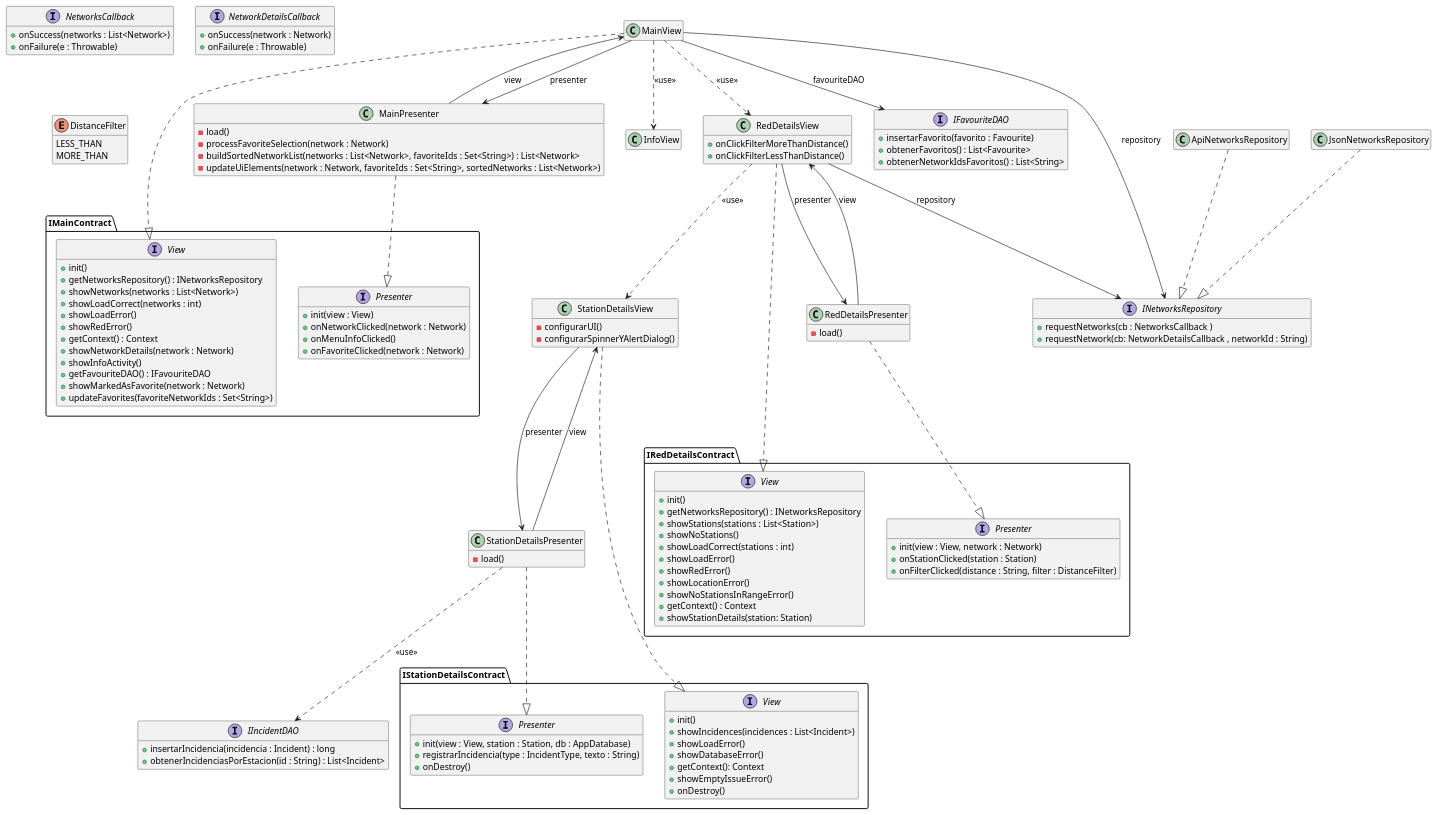
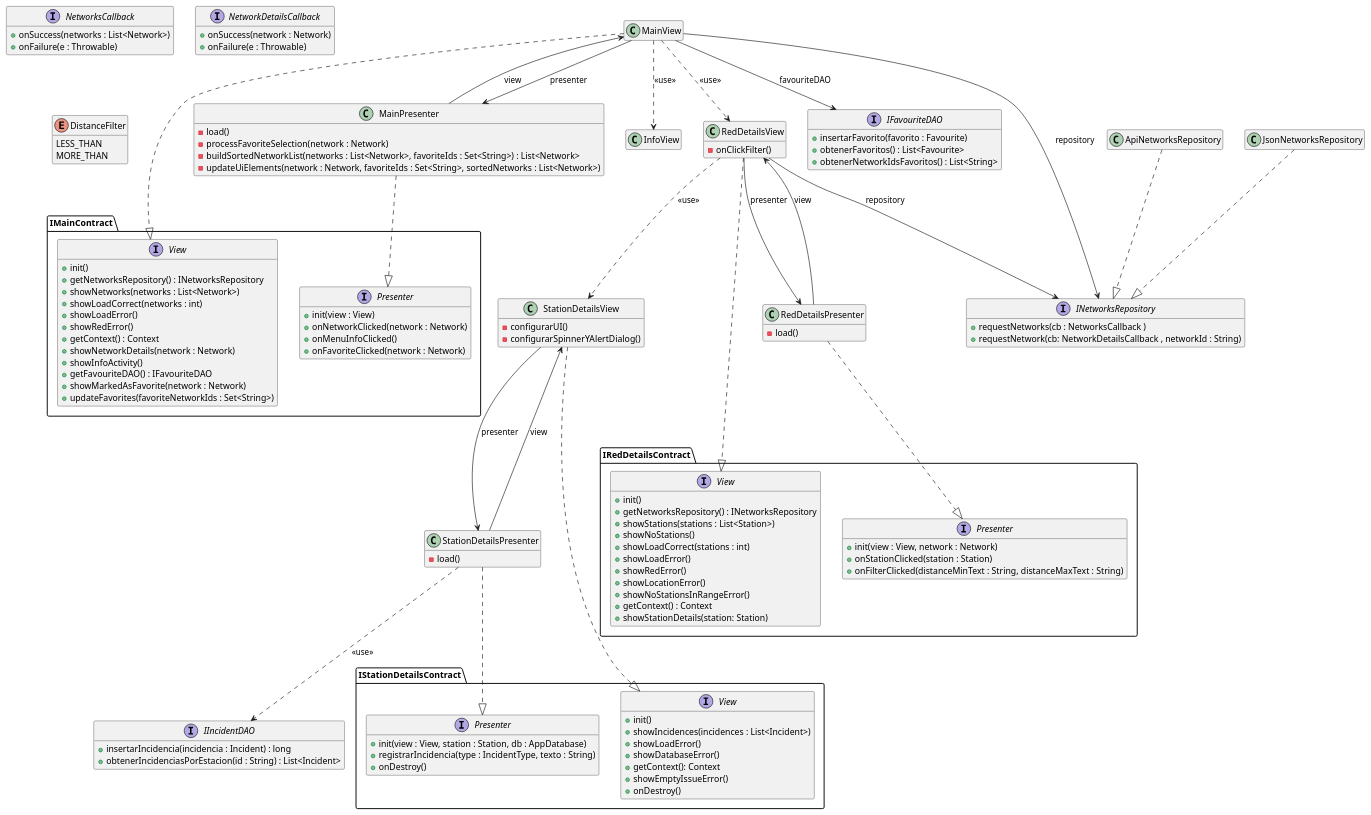
One commit to isunican/App-Bicis-Grupo1 changed the diagram in Docs/Models/architecture.puml. Above: the diagram before and after it, drawn with PlantUML. The commit also changed 4 other files, not shown here.

```diff
--- a/Docs/Models/architecture.puml
+++ b/Docs/Models/architecture.puml
@@ -1,152 +1,151 @@
 @startuml architecture
 
 hide empty members
 
 MainView ..|> IMainContract.View
 MainPresenter ..|> IMainContract.Presenter
 MainView --> INetworksRepository : repository
 ApiNetworksRepository ..|> INetworksRepository
 JsonNetworksRepository ..|> INetworksRepository
 MainView --> MainPresenter : presenter
 MainPresenter --> MainView : view
 MainView ..> InfoView : <<use>>
 MainView ..> RedDetailsView : <<use>>
 RedDetailsView ..> StationDetailsView : <<use>>
 
 RedDetailsView ..|> IRedDetailsContract.View
 RedDetailsPresenter ..|> IRedDetailsContract.Presenter
 RedDetailsView --> INetworksRepository : repository
 RedDetailsView --> RedDetailsPresenter : presenter
 RedDetailsPresenter --> RedDetailsView : view
 MainView --> IFavouriteDAO : favouriteDAO
 
 StationDetailsView ..|> IStationDetailsContract.View
 StationDetailsPresenter ..|> IStationDetailsContract.Presenter
 StationDetailsView --> StationDetailsPresenter : presenter
 StationDetailsPresenter --> StationDetailsView : view
 StationDetailsPresenter ..> IIncidentDAO : <<use>>
 
 
 class MainView {
 }
 
 class MainPresenter {
     -load()
     - processFavoriteSelection(network : Network)
     - buildSortedNetworkList(networks : List<Network>, favoriteIds : Set<String>) : List<Network>
     - updateUiElements(network : Network, favoriteIds : Set<String>, sortedNetworks : List<Network>)
 }
 
 class InfoView
 
 class StationDetailsView{
     - configurarUI()
     - configurarSpinnerYAlertDialog()
 }
 
 class StationDetailsPresenter {
     -load()
 }
 
 
 class RedDetailsView {
-    +onClickFilterMoreThanDistance()
-    +onClickFilterLessThanDistance()
+    -onClickFilter()
 }
 class RedDetailsPresenter {
     -load()
 }
 
 class ApiNetworksRepository
 class JsonNetworksRepository
 
 interface IFavouriteDAO {
     + insertarFavorito(favorito : Favourite)
     + obtenerFavoritos() : List<Favourite>
     + obtenerNetworkIdsFavoritos() : List<String>
 }
 
 interface IMainContract.View {
     + init()
     + getNetworksRepository() : INetworksRepository
     + showNetworks(networks : List<Network>)
     + showLoadCorrect(networks : int)
     + showLoadError()
     + showRedError()
     + getContext() : Context
     + showNetworkDetails(network : Network)
     + showInfoActivity()
     + getFavouriteDAO() : IFavouriteDAO
     + showMarkedAsFavorite(network : Network)
     + updateFavorites(favoriteNetworkIds : Set<String>)
 }
 
 interface IMainContract.Presenter {
     + init(view : View)
     + onNetworkClicked(network : Network)
     + onMenuInfoClicked()
     + onFavoriteClicked(network : Network)
 }
 
 interface IRedDetailsContract.View {
     + init()
     + getNetworksRepository() : INetworksRepository
     + showStations(stations : List<Station>)
     + showNoStations()
     + showLoadCorrect(stations : int)
     + showLoadError()
     + showRedError()
     + showLocationError()
     + showNoStationsInRangeError()
     + getContext() : Context
     + showStationDetails(station: Station)
 }
 
 interface IRedDetailsContract.Presenter {
     + init(view : View, network : Network)
     + onStationClicked(station : Station)
-    + onFilterClicked(distance : String, filter : DistanceFilter)
+    + onFilterClicked(distanceMinText : String, distanceMaxText : String)
 }
 
 interface INetworksRepository {
     + requestNetworks(cb : NetworksCallback )
     + requestNetwork(cb: NetworkDetailsCallback , networkId : String)
 }
 
 interface NetworksCallback {
     + onSuccess(networks : List<Network>)
     + onFailure(e : Throwable)
 }
 
 interface NetworkDetailsCallback {
     + onSuccess(network : Network)
     + onFailure(e : Throwable)
 }
 
 enum DistanceFilter {
     LESS_THAN
     MORE_THAN
 }
 
 interface IStationDetailsContract.Presenter {
     + init(view : View, station : Station, db : AppDatabase)
     + registrarIncidencia(type : IncidentType, texto : String)
     + onDestroy()
 }
 
 interface IStationDetailsContract.View {
     + init()
     + showIncidences(incidences : List<Incident>)
     + showLoadError()
     + showDatabaseError()
     + getContext(): Context
     + showEmptyIssueError()
     + onDestroy()
 }
 
 interface IIncidentDAO {
     + insertarIncidencia(incidencia : Incident) : long
     + obtenerIncidenciasPorEstacion(id : String) : List<Incident>
 }
 
 @enduml
```
